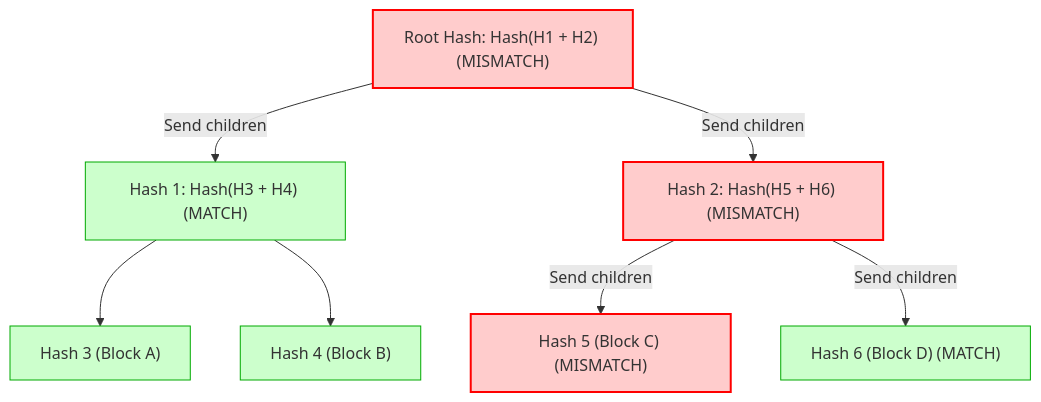
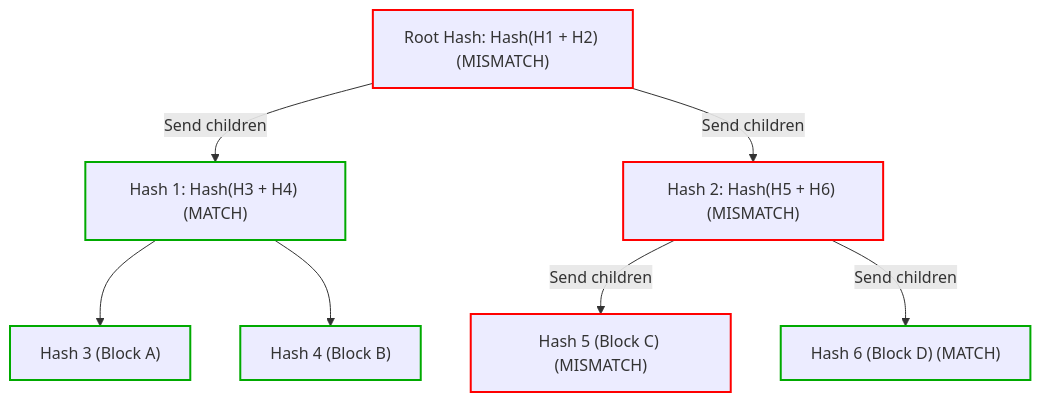
One commit to abhinnaagrawal/system-design-notes changed the first of 2 diagrams in Core Concepts/Advanced Data Structures/README.md. Above: the diagram before and after it, drawn with Mermaid. The commit also changed 62 other files, not shown here.

````diff
--- a/Core Concepts/Advanced Data Structures/README.md
+++ b/Core Concepts/Advanced Data Structures/README.md
@@ -54,20 +54,20 @@
 ```mermaid
 flowchart TD
-    classDef mismatch fill:#ffcccc,stroke:#ff0000,stroke-width:2px;
-    classDef match fill:#ccffcc,stroke:#00aa00,stroke-width:1px;
+    classDef mismatch stroke:#ff0000,stroke-width:2px;
+    classDef match stroke:#00aa00,stroke-width:2px;
 
     Root["Root Hash: Hash(H1 + H2) (MISMATCH)"]:::mismatch
     H1["Hash 1: Hash(H3 + H4) (MATCH)"]:::match
     H2["Hash 2: Hash(H5 + H6) (MISMATCH)"]:::mismatch
     H3["Hash 3 (Block A)"]:::match
     H4["Hash 4 (Block B)"]:::match
     H5["Hash 5 (Block C) (MISMATCH)"]:::mismatch
     H6["Hash 6 (Block D) (MATCH)"]:::match
 
     Root -->|Send children| H1
     Root -->|Send children| H2
     H1 --> H3
     H1 --> H4
     H2 -->|Send children| H5
     H2 -->|Send children| H6
 ```
````
